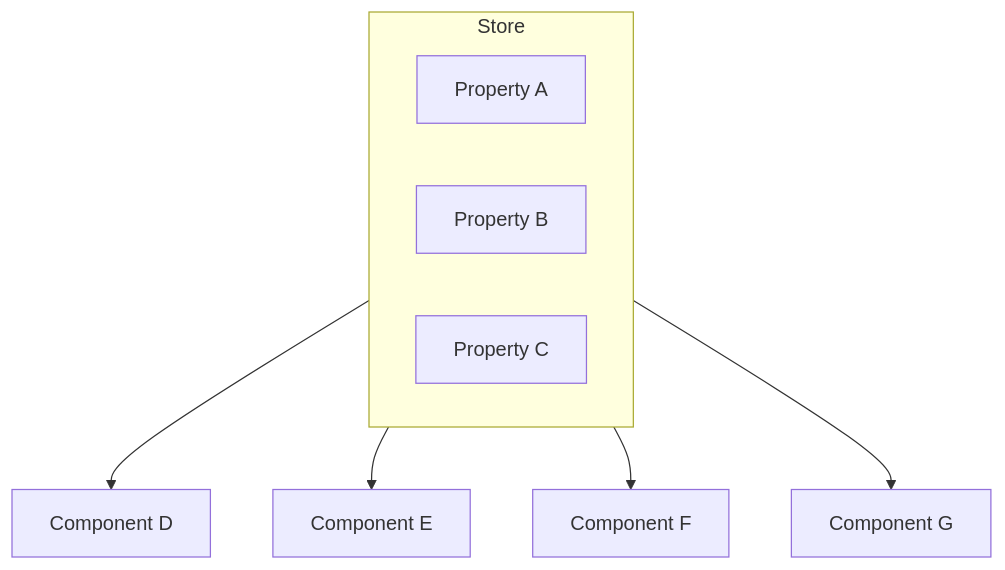
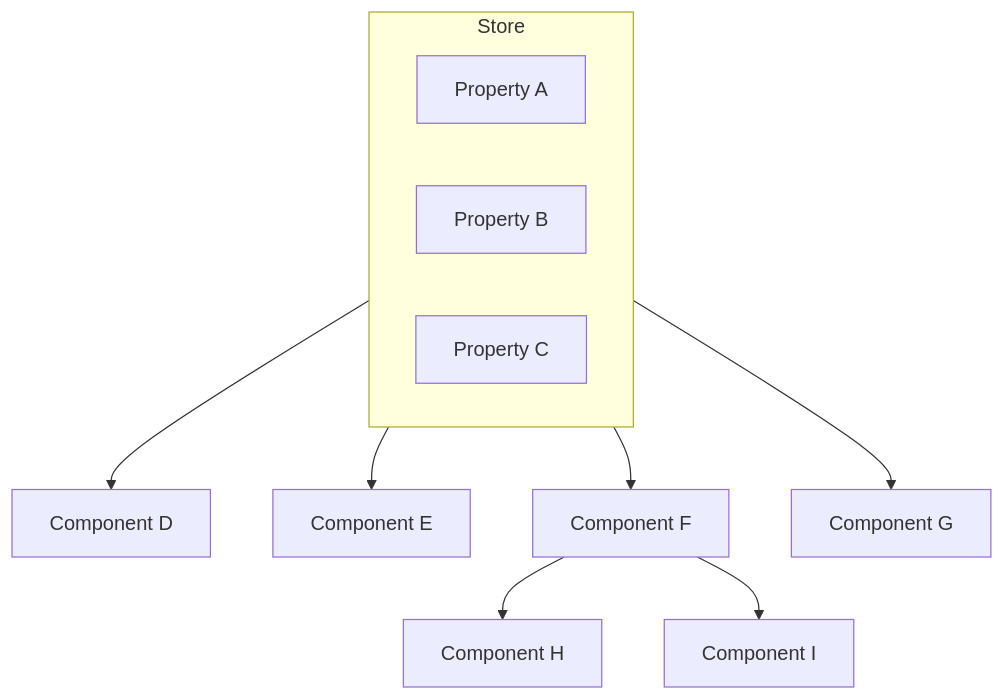
Before and after one commit to michijs/michijs: the second of 4 diagrams in README.md, drawn with Mermaid. The commit also changed other lines of this file, not shown here.

````diff
--- a/README.md
+++ b/README.md
@@ -280,12 +280,14 @@
 ```mermaid
 graph TD;
     subgraph Store
     A["Property A"]
     B["Property B"]
     C["Property C"]
     end
     Store --> D["Component D"];
     Store --> E["Component E"];
     Store --> F["Component F"];
+    F --> H["Component H"];
+    F --> I["Component I"];
     Store --> G["Component G"];
 ```
````
